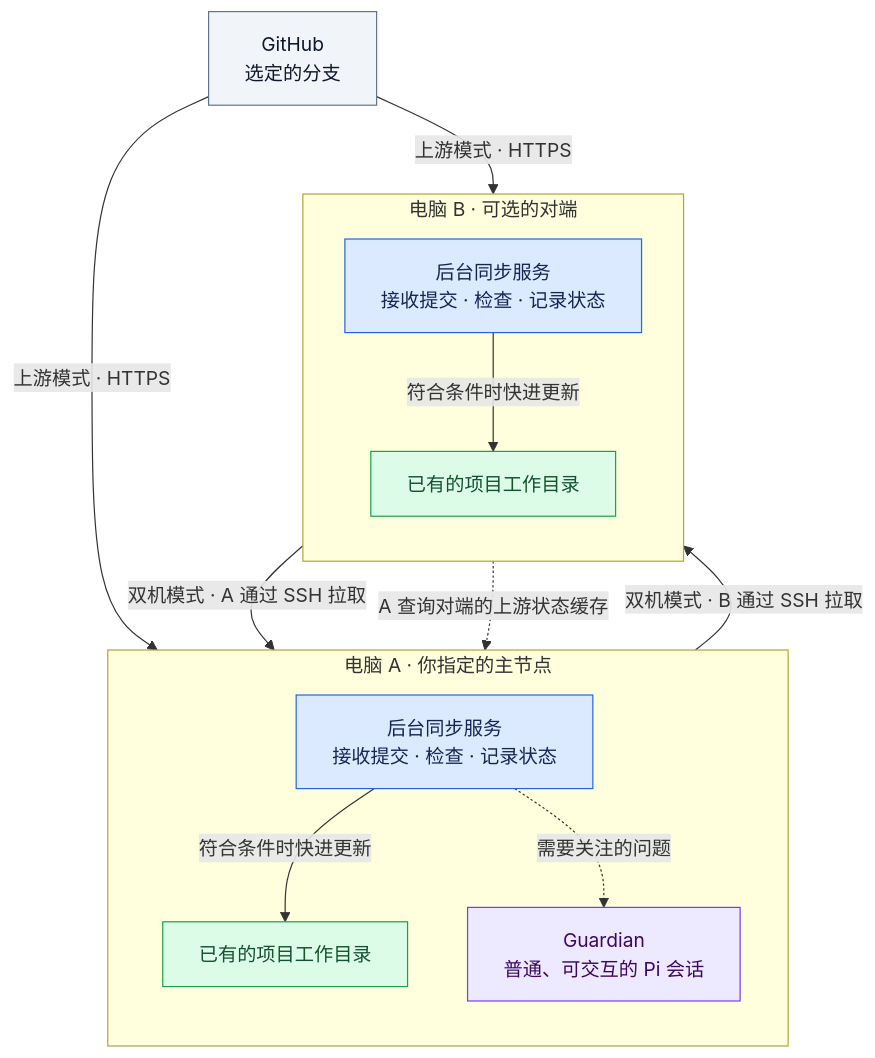
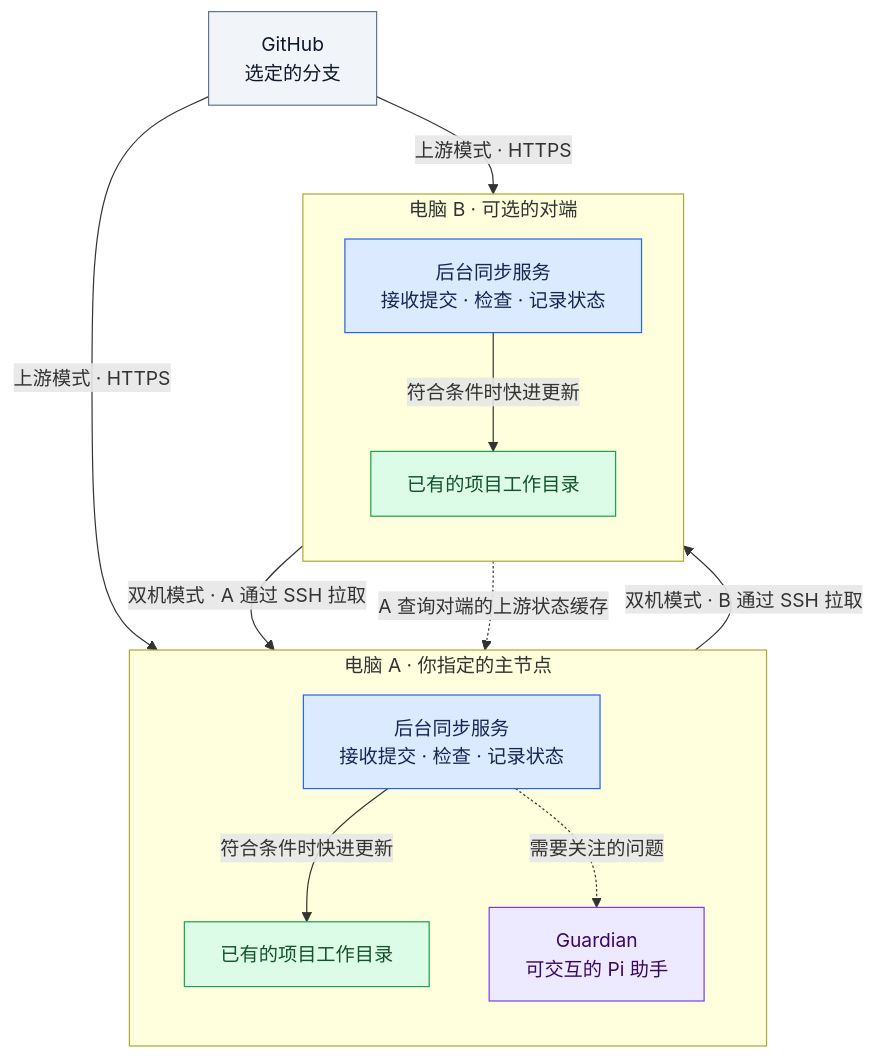
The first of 2 diagrams in README.zh-CN.md (roshameow/git-sync), drawn with Mermaid before and after one commit. The commit also changed other lines of this file and 2 other files, not shown here.

Commit message:
docs: explain Guardian benefits and explicit setup dependencies

````diff
--- a/README.zh-CN.md
+++ b/README.zh-CN.md
@@ -41,35 +41,35 @@
 ```mermaid
 flowchart TB
     GH["GitHub<br/>选定的分支"]
 
     subgraph A["电脑 A · 你指定的主节点"]
         direction TB
         SA["后台同步服务<br/>接收提交 · 检查 · 记录状态"]
         RA["已有的项目工作目录"]
-        GA["Guardian<br/>普通、可交互的 Pi 会话"]
+        GA["Guardian<br/>可交互的 Pi 助手"]
         SA -->|"符合条件时快进更新"| RA
         SA -.->|"需要关注的问题"| GA
     end
 
     subgraph B["电脑 B · 可选的对端"]
         direction TB
         SB["后台同步服务<br/>接收提交 · 检查 · 记录状态"]
         RB["已有的项目工作目录"]
         SB -->|"符合条件时快进更新"| RB
     end
 
     GH -->|"上游模式 · HTTPS"| SA
     GH -->|"上游模式 · HTTPS"| SB
     RA -->|"双机模式 · B 通过 SSH 拉取"| SB
     RB -->|"双机模式 · A 通过 SSH 拉取"| SA
     SB -.->|"A 查询对端的上游状态缓存"| SA
 
     classDef source fill:#f1f5f9,stroke:#64748b,color:#0f172a
     classDef service fill:#dbeafe,stroke:#2563eb,color:#172554
     classDef workspace fill:#dcfce7,stroke:#16a34a,color:#14532d
     classDef assistant fill:#ede9fe,stroke:#7c3aed,color:#3b0764
     class GH source
     class SA,SB service
     class RA,RB workspace
     class GA assistant
 ```
````
